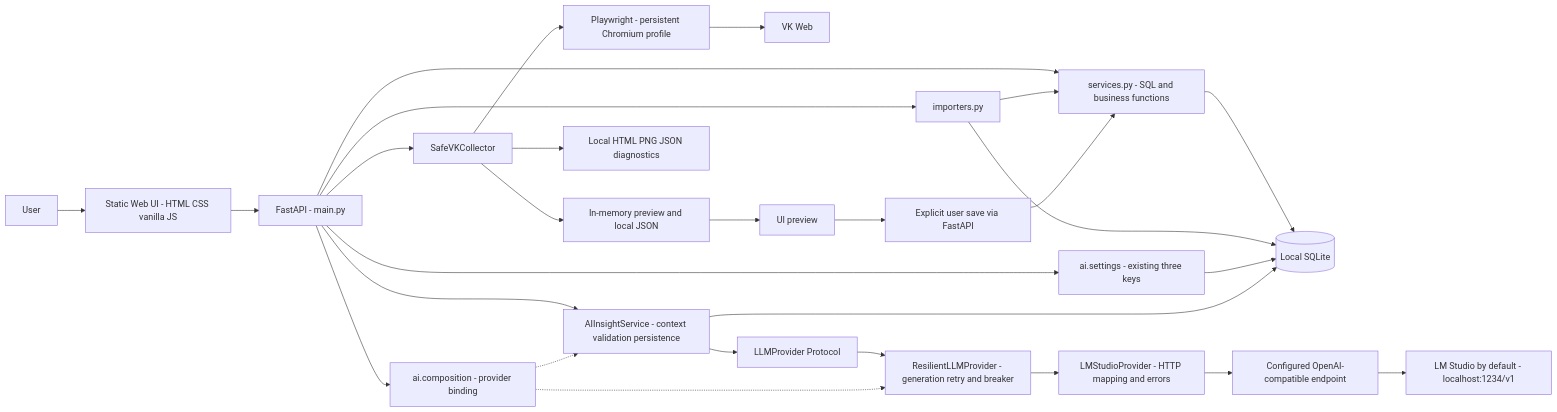
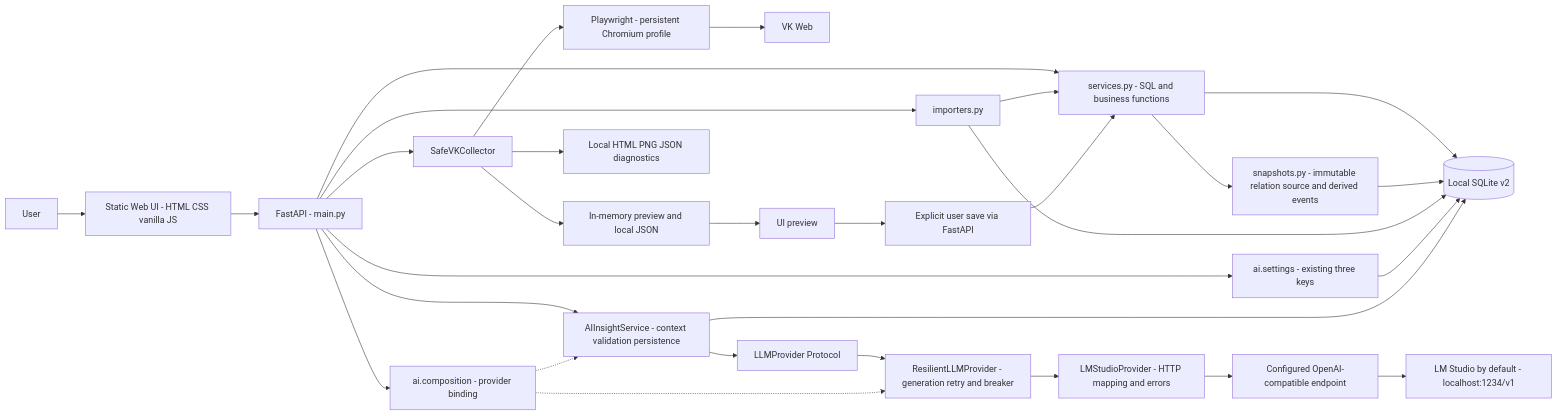
The diagram in docs/certification/C4_CURRENT.md (morshchagin-ivan/vk_social_radar), drawn with Mermaid before and after one commit. The commit also changed other lines of this file and 29 other files, not shown here.

````diff
--- a/docs/certification/C4_CURRENT.md
+++ b/docs/certification/C4_CURRENT.md
@@ -5,30 +5,32 @@
 ```mermaid
 flowchart LR
   User["User"] --> UI["Static Web UI - HTML CSS vanilla JS"]
   UI --> API["FastAPI - main.py"]
   API --> Services["services.py - SQL and business functions"]
-  Services --> DB[("Local SQLite")]
+  Services --> DB[("Local SQLite v2")]
+  Services --> Snapshots["snapshots.py - immutable relation source and derived events"]
+  Snapshots --> DB
   API --> Imports["importers.py"]
   Imports --> Services
   Imports --> DB
   API --> Collector["SafeVKCollector"]
   Collector --> PW["Playwright - persistent Chromium profile"]
   PW --> VK["VK Web"]
   API --> AI["AIInsightService - context validation persistence"]
   AI --> Port["LLMProvider Protocol"]
   Port --> Resilience["ResilientLLMProvider - generation retry and breaker"]
   Resilience --> LMAdapter["LMStudioProvider - HTTP mapping and errors"]
   API --> Composition["ai.composition - provider binding"]
   Composition -.-> AI
   Composition -.-> Resilience
   API --> Settings["ai.settings - existing three keys"]
   Settings --> DB
   AI --> DB
   LMAdapter --> Endpoint["Configured OpenAI-compatible endpoint"]
   Endpoint --> LMDefault["LM Studio by default - localhost:1234/v1"]
   Collector --> Preview["In-memory preview and local JSON"]
   Collector --> Diagnostics["Local HTML PNG JSON diagnostics"]
   Preview --> PreviewUI["UI preview"]
   PreviewUI --> Save["Explicit user save via FastAPI"]
   Save --> Services
 ```
````
